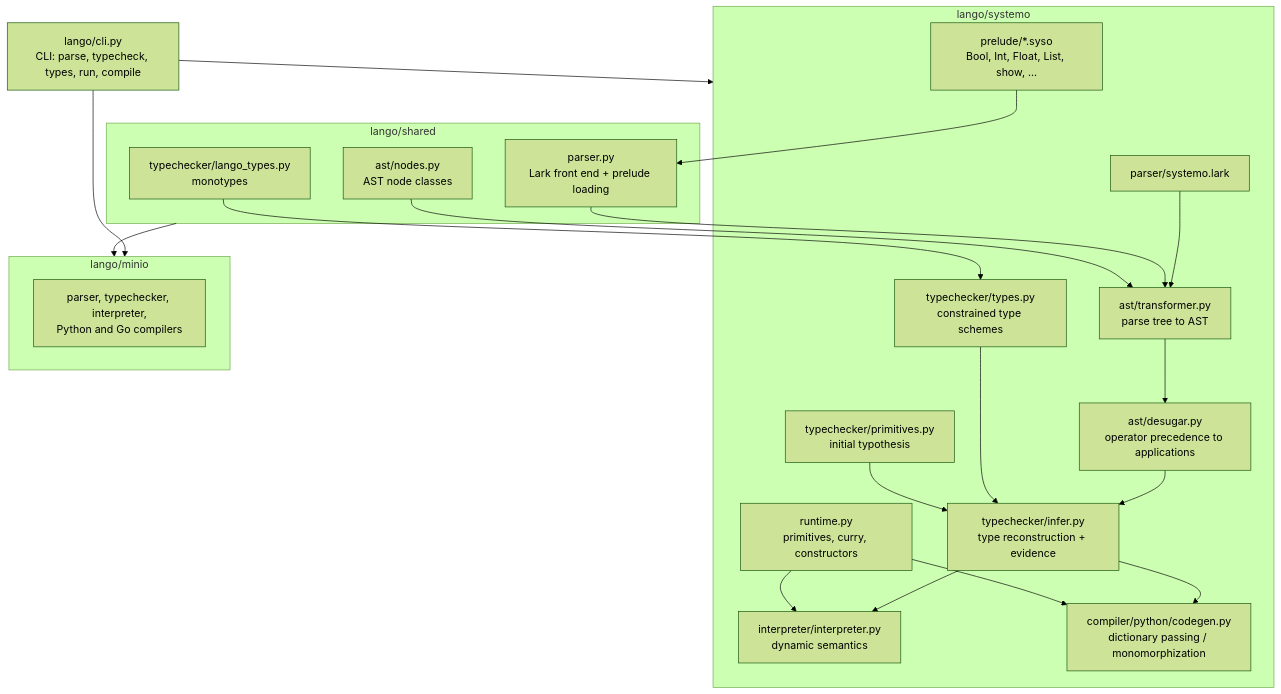
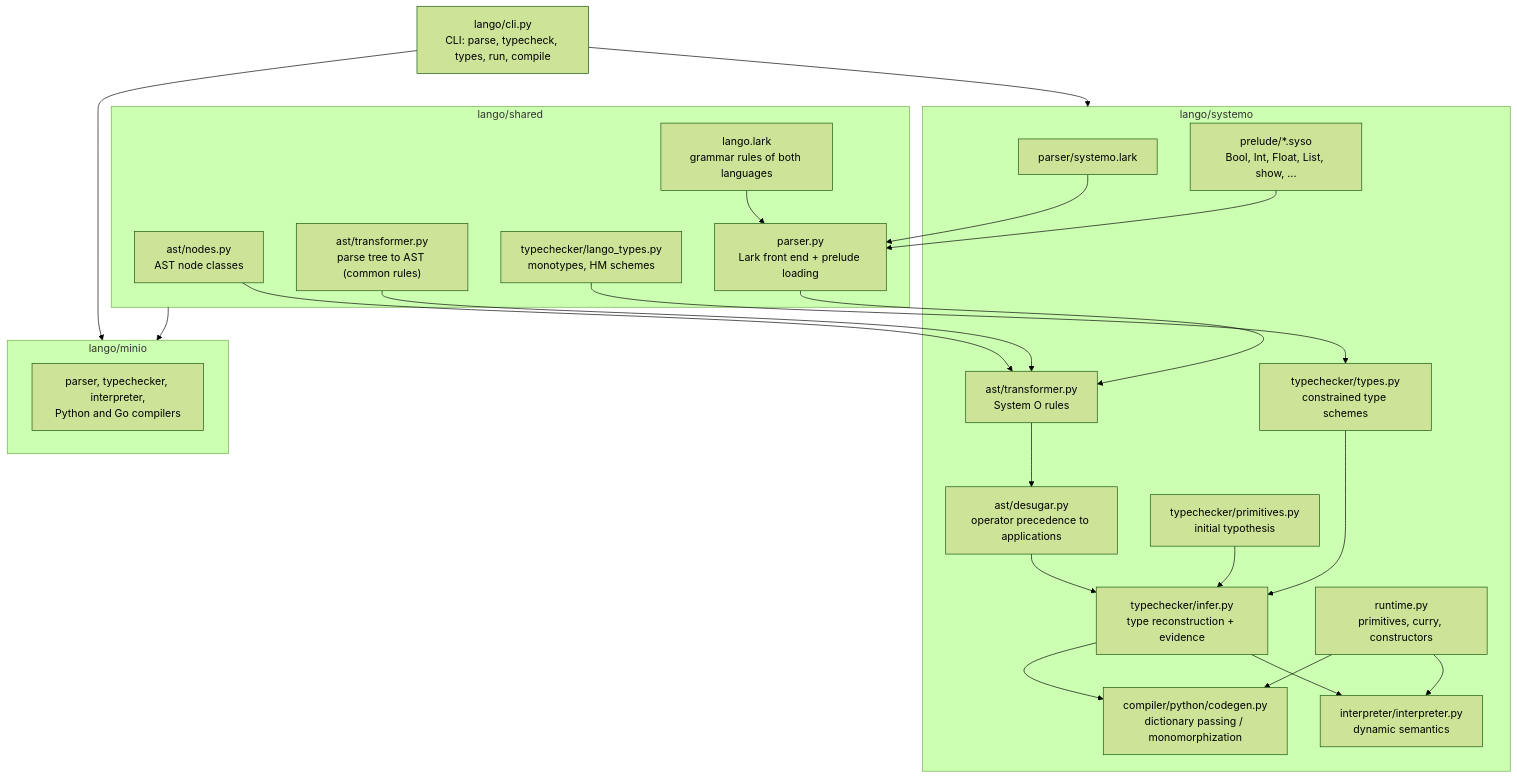
The first of 2 diagrams in README.md (antonkesy/lango), drawn with Mermaid (forest theme) before and after one commit. The commit also changed other lines of this file and 9 other files, not shown here.

````diff
--- a/README.md
+++ b/README.md
@@ -154,37 +160,41 @@
 ```mermaid
 flowchart TB
     cli["lango/cli.py<br/>CLI: parse, typecheck, types, run, compile"]
     subgraph shared["lango/shared"]
         nodes["ast/nodes.py<br/>AST node classes"]
-        ltypes["typechecker/lango_types.py<br/>monotypes"]
+        stransformer["ast/transformer.py<br/>parse tree to AST (common rules)"]
+        ltypes["typechecker/lango_types.py<br/>monotypes, HM schemes"]
+        sgrammar["lango.lark<br/>grammar rules of both languages"]
         lparser["parser.py<br/>Lark front end + prelude loading"]
     end
     subgraph systemo["lango/systemo"]
         grammar["parser/systemo.lark"]
-        transformer["ast/transformer.py<br/>parse tree to AST"]
+        transformer["ast/transformer.py<br/>System O rules"]
         desugar["ast/desugar.py<br/>operator precedence to applications"]
         prelude["prelude/*.syso<br/>Bool, Int, Float, List, show, ..."]
         infer["typechecker/infer.py<br/>type reconstruction + evidence"]
         types["typechecker/types.py<br/>constrained type schemes"]
         prims["typechecker/primitives.py<br/>initial typothesis"]
         interp["interpreter/interpreter.py<br/>dynamic semantics"]
         codegen["compiler/python/codegen.py<br/>dictionary passing / monomorphization"]
         runtime["runtime.py<br/>primitives, curry, constructors"]
     end
     subgraph minio["lango/minio"]
         minio_impl["parser, typechecker, interpreter,<br/>Python and Go compilers"]
     end
     cli --> systemo
     cli --> minio
-    grammar --> transformer --> desugar --> infer
+    sgrammar --> lparser
+    grammar --> lparser
+    stransformer --> transformer --> desugar --> infer
     prelude --> lparser --> transformer
     infer --> interp
     infer --> codegen
     runtime --> interp
     runtime --> codegen
     types --> infer
     prims --> infer
     nodes --> transformer
     ltypes --> types
     shared --> minio
 ```
````
